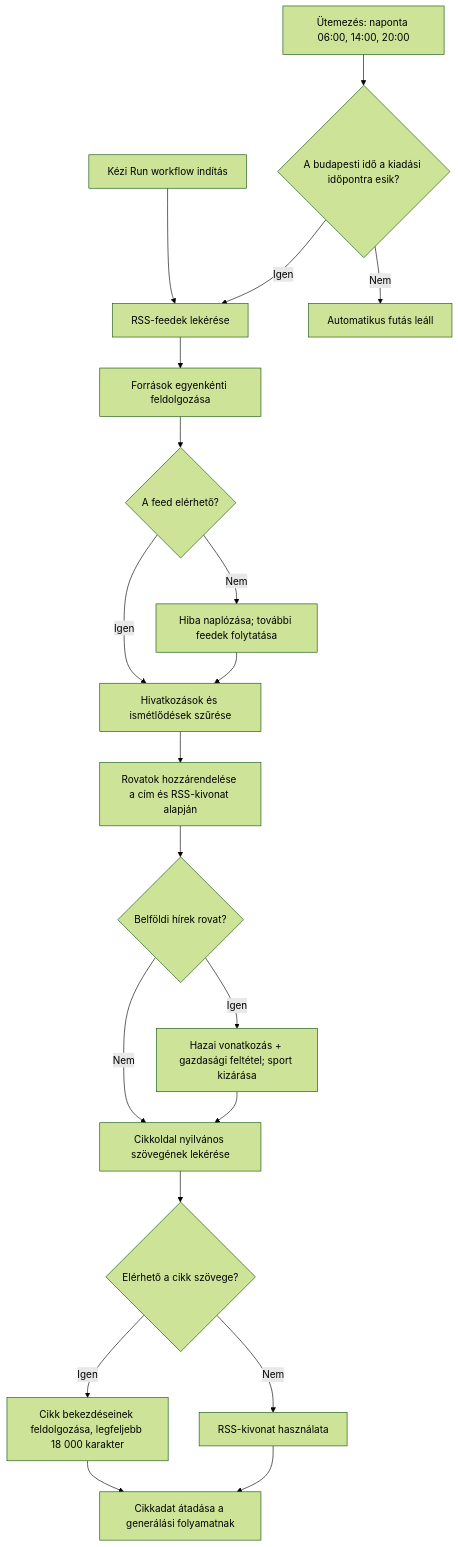
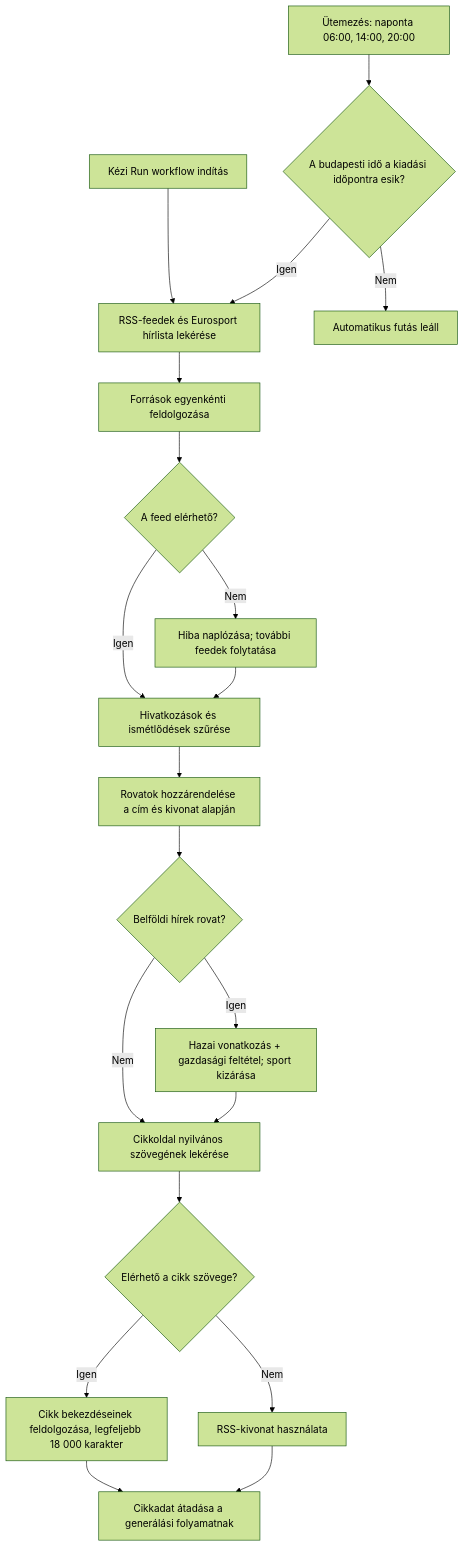
Before and after one commit to ngynrbrt-prog/nanonews: the second of 5 diagrams in Dokumentumok/NANONews-mukodesi-leiras.md, drawn with Mermaid (forest theme). The commit also changed other lines of this file, not shown here.

````diff
--- a/Dokumentumok/NANONews-mukodesi-leiras.md
+++ b/Dokumentumok/NANONews-mukodesi-leiras.md
@@ -102,22 +106,22 @@
 ```mermaid
 flowchart TD
   schedule["Ütemezés: naponta 06:00, 14:00, 20:00"] --> timecheck{"A budapesti idő a kiadási időpontra esik?"}
-  manual["Kézi Run workflow indítás"] --> fetch["RSS-feedek lekérése"]
+  manual["Kézi Run workflow indítás"] --> fetch["RSS-feedek és Eurosport hírlista lekérése"]
   timecheck -->|Igen| fetch
   timecheck -->|Nem| stop["Automatikus futás leáll"]
   fetch --> feeds["Források egyenkénti feldolgozása"]
   feeds --> available{"A feed elérhető?"}
   available -->|Nem| log["Hiba naplózása; további feedek folytatása"]
   available -->|Igen| dedupe["Hivatkozások és ismétlődések szűrése"]
   log --> dedupe
-  dedupe --> topics["Rovatok hozzárendelése a cím és RSS-kivonat alapján"]
+  dedupe --> topics["Rovatok hozzárendelése a cím és kivonat alapján"]
   topics --> domestic{"Belföldi hírek rovat?"}
   domestic -->|Igen| econ["Hazai vonatkozás + gazdasági feltétel; sport kizárása"]
   domestic -->|Nem| article["Cikkoldal nyilvános szövegének lekérése"]
   econ --> article
   article --> body{"Elérhető a cikk szövege?"}
   body -->|Igen| full["Cikk bekezdéseinek feldolgozása, legfeljebb 18 000 karakter"]
   body -->|Nem| excerpt["RSS-kivonat használata"]
   full --> prepare["Cikkadat átadása a generálási folyamatnak"]
   excerpt --> prepare
 ```
````
